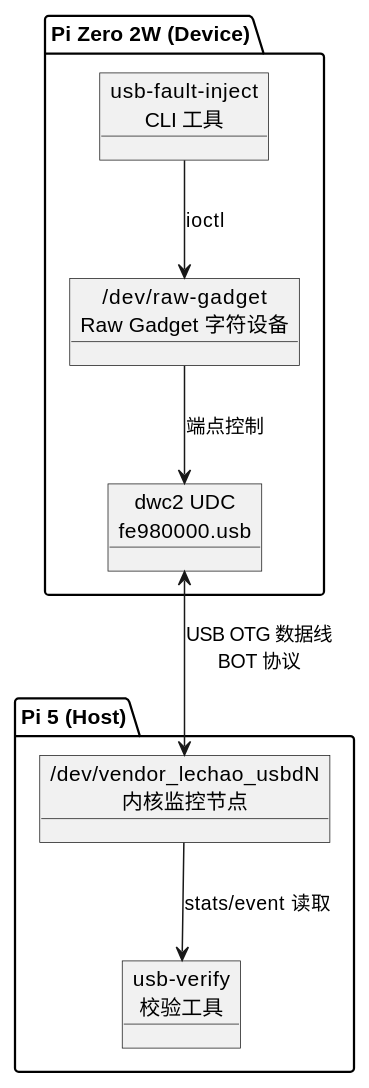
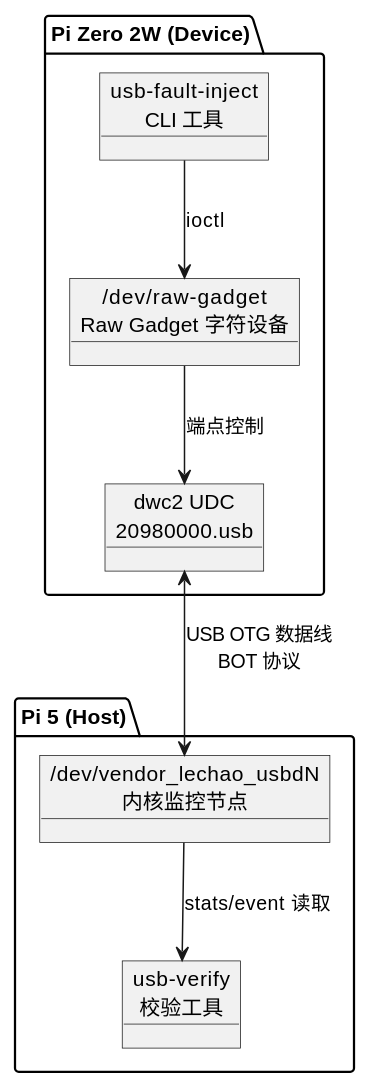
One commit to lechao365/AndroidSystemEnhance changed the eighth of 9 diagrams in 02-IO增强/02.04-故障注入工具-usb-fault-inject.md. Above: the diagram before and after it, drawn with PlantUML. The commit also changed other lines of this file and 15 other files, not shown here.

````diff
--- a/02-IO增强/02.04-故障注入工具-usb-fault-inject.md
+++ b/02-IO增强/02.04-故障注入工具-usb-fault-inject.md
@@ -380,19 +435,19 @@
 ```plantuml
 @startuml
 package "Pi Zero 2W (Device)" as Device {
     object "usb-fault-inject\nCLI 工具" as Tool
     object "/dev/raw-gadget\nRaw Gadget 字符设备" as RawGadget
-    object "dwc2 UDC\nfe980000.usb" as UDC
+    object "dwc2 UDC\n20980000.usb" as UDC
 }
 
 package "Pi 5 (Host)" as Host {
     object "/dev/vendor_lechao_usbdN\n内核监控节点" as MonDev
     object "usb-verify\n校验工具" as Verify
 }
 
 Tool --> RawGadget : ioctl
 RawGadget --> UDC : 端点控制
 UDC <--> MonDev : USB OTG 数据线\nBOT 协议
 MonDev --> Verify : stats/event 读取
 @enduml
 ```
````
